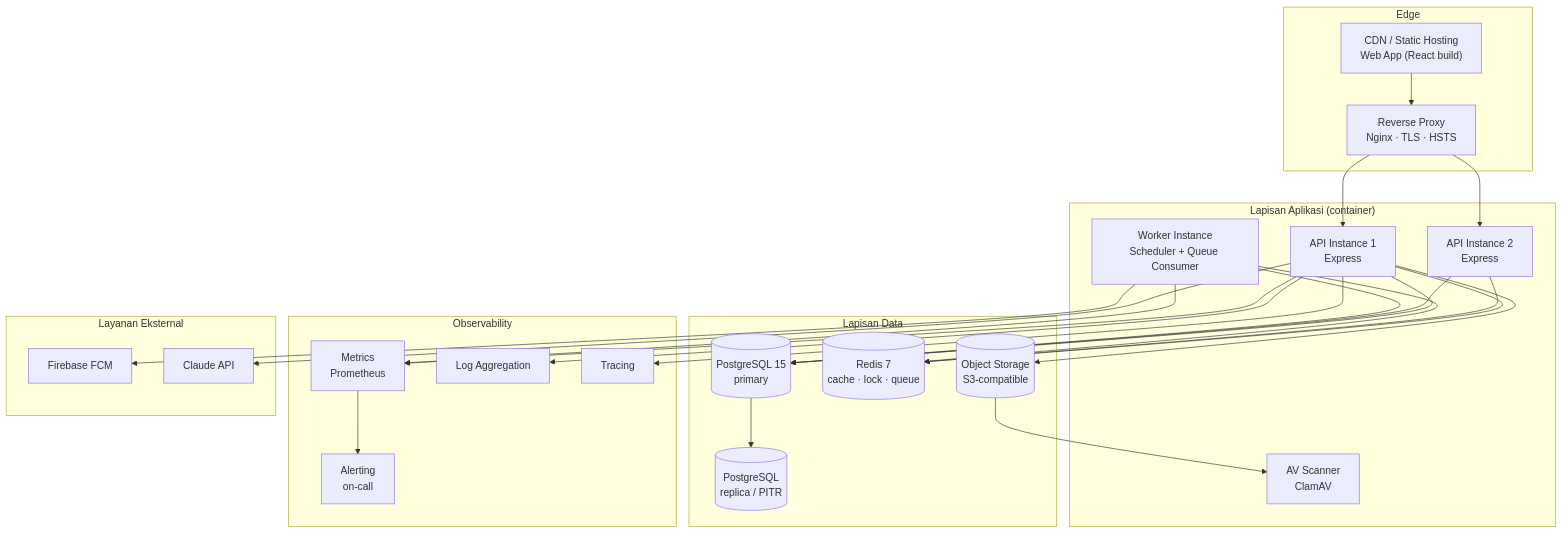
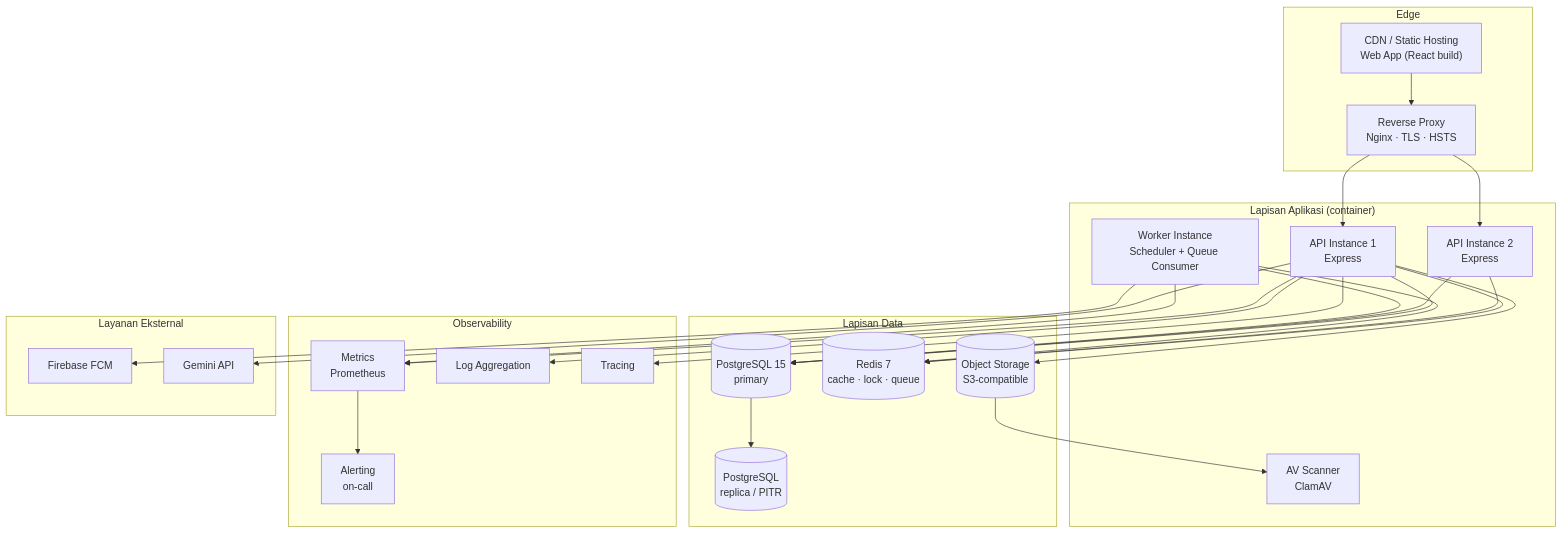
Before and after one commit to HanzzzBD/SIGM4: the diagram in docs/PRD/03-architecture/deployment-ops.md, drawn with Mermaid. The commit also changed other lines of this file and 17 other files, not shown here.

````diff
--- a/docs/PRD/03-architecture/deployment-ops.md
+++ b/docs/PRD/03-architecture/deployment-ops.md
@@ -21,49 +21,49 @@
 ```mermaid
 flowchart TB
     subgraph EDGE["Edge"]
         CDN["CDN / Static Hosting<br/>Web App (React build)"]
         PROXY["Reverse Proxy<br/>Nginx · TLS · HSTS"]
     end
     subgraph APP["Lapisan Aplikasi (container)"]
         API1["API Instance 1<br/>Express"]
         API2["API Instance 2<br/>Express"]
         WRK["Worker Instance<br/>Scheduler + Queue Consumer"]
         AV["AV Scanner<br/>ClamAV"]
     end
     subgraph DATA["Lapisan Data"]
         PG[("PostgreSQL 15<br/>primary")]
         PGR[("PostgreSQL<br/>replica / PITR")]
         RDS[("Redis 7<br/>cache · lock · queue")]
         S3[("Object Storage<br/>S3-compatible")]
     end
     subgraph OBS["Observability"]
         MET["Metrics<br/>Prometheus"]
         LOG["Log Aggregation"]
         TRC["Tracing"]
         ALERT["Alerting<br/>on-call"]
     end
     subgraph EXT["Layanan Eksternal"]
         FCM["Firebase FCM"]
-        LLM["Claude API"]
+        LLM["Gemini API"]
     end
 
     CDN --> PROXY
     PROXY --> API1
     PROXY --> API2
     API1 --> PG
     API2 --> PG
     API1 --> RDS
     API2 --> RDS
     API1 --> S3
     WRK --> PG
     WRK --> RDS
     WRK --> FCM
     API1 --> LLM
     S3 --> AV
     PG --> PGR
     API1 --> MET
     WRK --> MET
     MET --> ALERT
     API1 --> LOG
     API1 --> TRC
 ```
````
